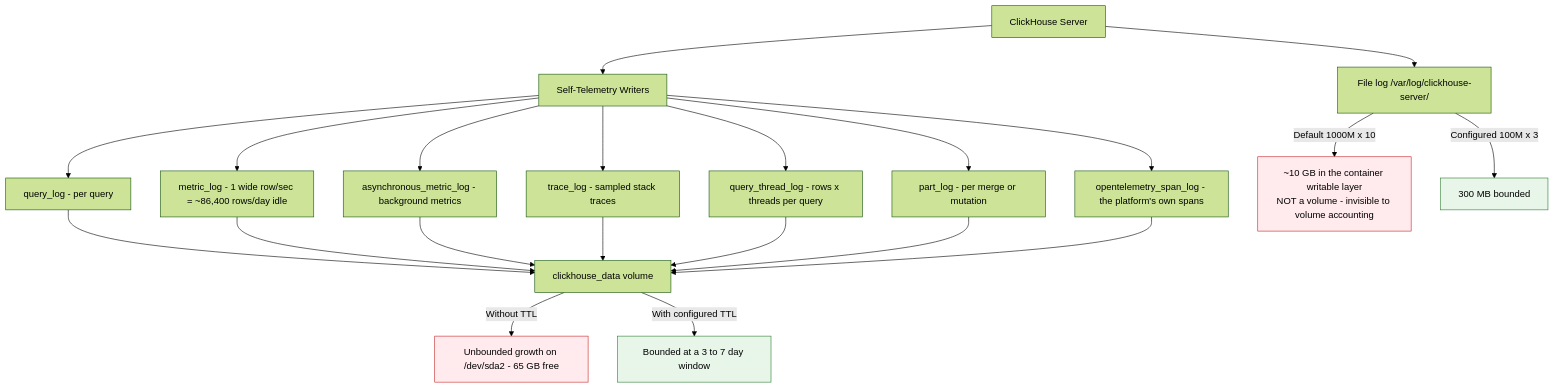
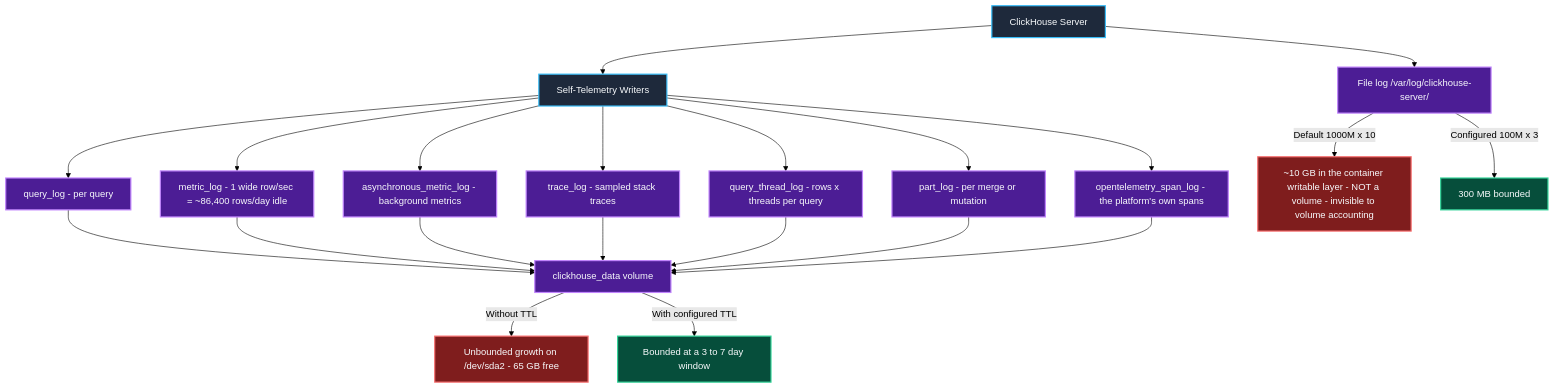
One commit to Chief-Strategist-J/llm-obs-infra changed diagram 13 of 17 in docs/configDoc/clickhouse-configuration-guide.md. Above: the diagram before and after it, drawn with Mermaid (forest theme). The commit also changed other lines of this file, not shown here.

First line of the commit message:
fix(clickhouse-docs): repair Mermaid rendering, colour all diagrams, strip pseudocode comments

````diff
--- a/docs/configDoc/clickhouse-configuration-guide.md
+++ b/docs/configDoc/clickhouse-configuration-guide.md
@@ -1357,31 +1472,42 @@
 ```mermaid
 graph TD
     CH["ClickHouse Server"] --> L1["Self-Telemetry Writers"]
     L1 --> T1["query_log - per query"]
     L1 --> T2["metric_log - 1 wide row/sec = ~86,400 rows/day idle"]
     L1 --> T3["asynchronous_metric_log - background metrics"]
     L1 --> T4["trace_log - sampled stack traces"]
     L1 --> T5["query_thread_log - rows x threads per query"]
     L1 --> T6["part_log - per merge or mutation"]
     L1 --> T7["opentelemetry_span_log - the platform's own spans"]
 
     T1 --> V1["clickhouse_data volume"]
     T2 --> V1
     T3 --> V1
     T4 --> V1
     T5 --> V1
     T6 --> V1
     T7 --> V1
 
     V1 -->|Without TTL| X1["Unbounded growth on /dev/sda2 - 65 GB free"]
     V1 -->|With configured TTL| X2["Bounded at a 3 to 7 day window"]
 
     CH --> F1["File log /var/log/clickhouse-server/"]
-    F1 -->|Default 1000M x 10| X3["~10 GB in the container writable layer<br/>NOT a volume - invisible to volume accounting"]
+    F1 -->|Default 1000M x 10| X3["~10 GB in the container writable layer - NOT a volume - invisible to volume accounting"]
     F1 -->|Configured 100M x 3| X4["300 MB bounded"]
 
-    style X1 fill:#ffebee,stroke:#c62828
-    style X3 fill:#ffebee,stroke:#c62828
-    style X2 fill:#e8f5e9,stroke:#2e7d32
-    style X4 fill:#e8f5e9,stroke:#2e7d32
+    style CH fill:#1e293b,stroke:#38bdf8,stroke-width:2px,color:#f8fafc
+    style L1 fill:#1e293b,stroke:#38bdf8,stroke-width:2px,color:#f8fafc
+    style T1 fill:#4c1d95,stroke:#c084fc,stroke-width:2px,color:#f8fafc
+    style T2 fill:#4c1d95,stroke:#c084fc,stroke-width:2px,color:#f8fafc
+    style T3 fill:#4c1d95,stroke:#c084fc,stroke-width:2px,color:#f8fafc
+    style T4 fill:#4c1d95,stroke:#c084fc,stroke-width:2px,color:#f8fafc
+    style T5 fill:#4c1d95,stroke:#c084fc,stroke-width:2px,color:#f8fafc
+    style T6 fill:#4c1d95,stroke:#c084fc,stroke-width:2px,color:#f8fafc
+    style T7 fill:#4c1d95,stroke:#c084fc,stroke-width:2px,color:#f8fafc
+    style V1 fill:#4c1d95,stroke:#c084fc,stroke-width:2px,color:#f8fafc
+    style F1 fill:#4c1d95,stroke:#c084fc,stroke-width:2px,color:#f8fafc
+    style X1 fill:#7f1d1d,stroke:#f87171,stroke-width:2px,color:#f8fafc
+    style X3 fill:#7f1d1d,stroke:#f87171,stroke-width:2px,color:#f8fafc
+    style X2 fill:#064e3b,stroke:#34d399,stroke-width:2px,color:#f8fafc
+    style X4 fill:#064e3b,stroke:#34d399,stroke-width:2px,color:#f8fafc
 ```
````
